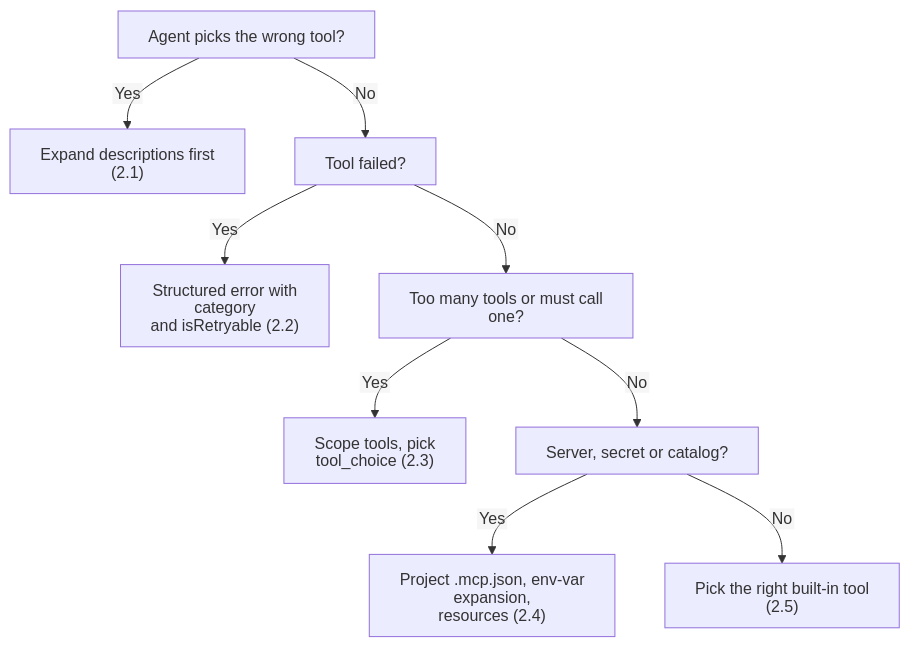
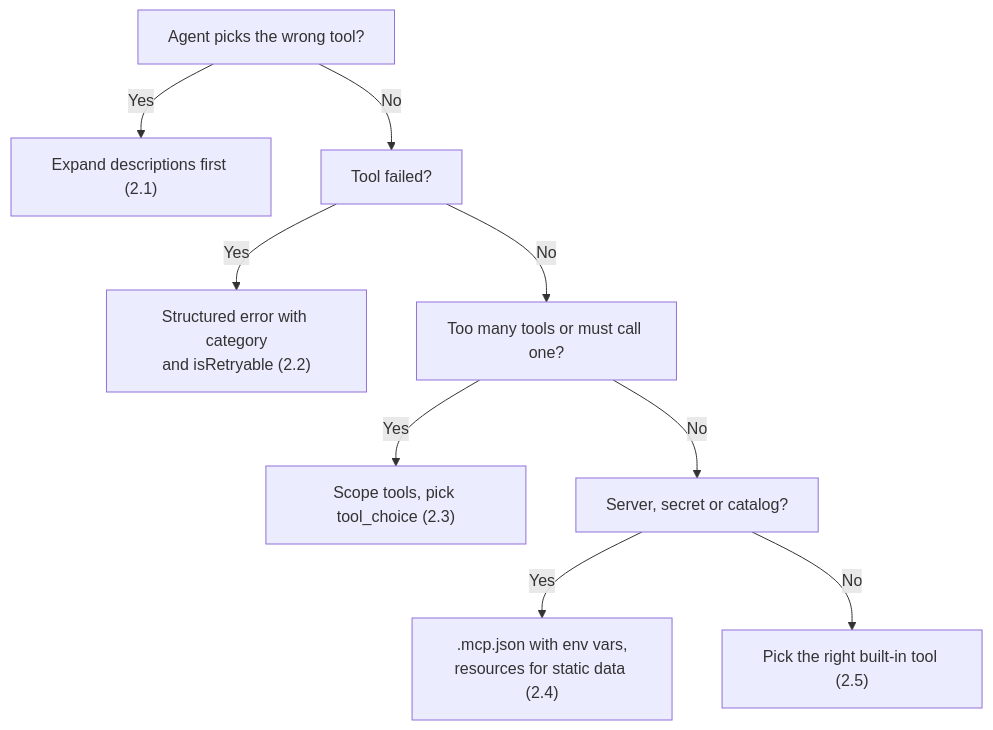
Before and after one commit to dip4k/claude_cert_architect_foundation_prep: the second of 2 diagrams in domain2/README.md, drawn with Mermaid. The commit also changed other lines of this file and 99 other files, not shown here.

````diff
--- a/domain2/README.md
+++ b/domain2/README.md
@@ -87,15 +83,11 @@
 ```mermaid
----
-config:
-  htmlLabels: false
----
 flowchart TD
     Q1["Agent picks the wrong tool?"] -->|"Yes"| A1["Expand descriptions first (2.1)"]
     Q1 -->|"No"| Q2["Tool failed?"]
     Q2 -->|"Yes"| A2["Structured error with category<br>and isRetryable (2.2)"]
     Q2 -->|"No"| Q3["Too many tools or must call one?"]
     Q3 -->|"Yes"| A3["Scope tools, pick tool_choice (2.3)"]
     Q3 -->|"No"| Q4["Server, secret or catalog?"]
-    Q4 -->|"Yes"| A4["Project .mcp.json, env-var expansion,<br>resources (2.4)"]
+    Q4 -->|"Yes"| A4[".mcp.json with env vars,<br>resources for static data (2.4)"]
     Q4 -->|"No"| A5["Pick the right built-in tool (2.5)"]
 ```
````
